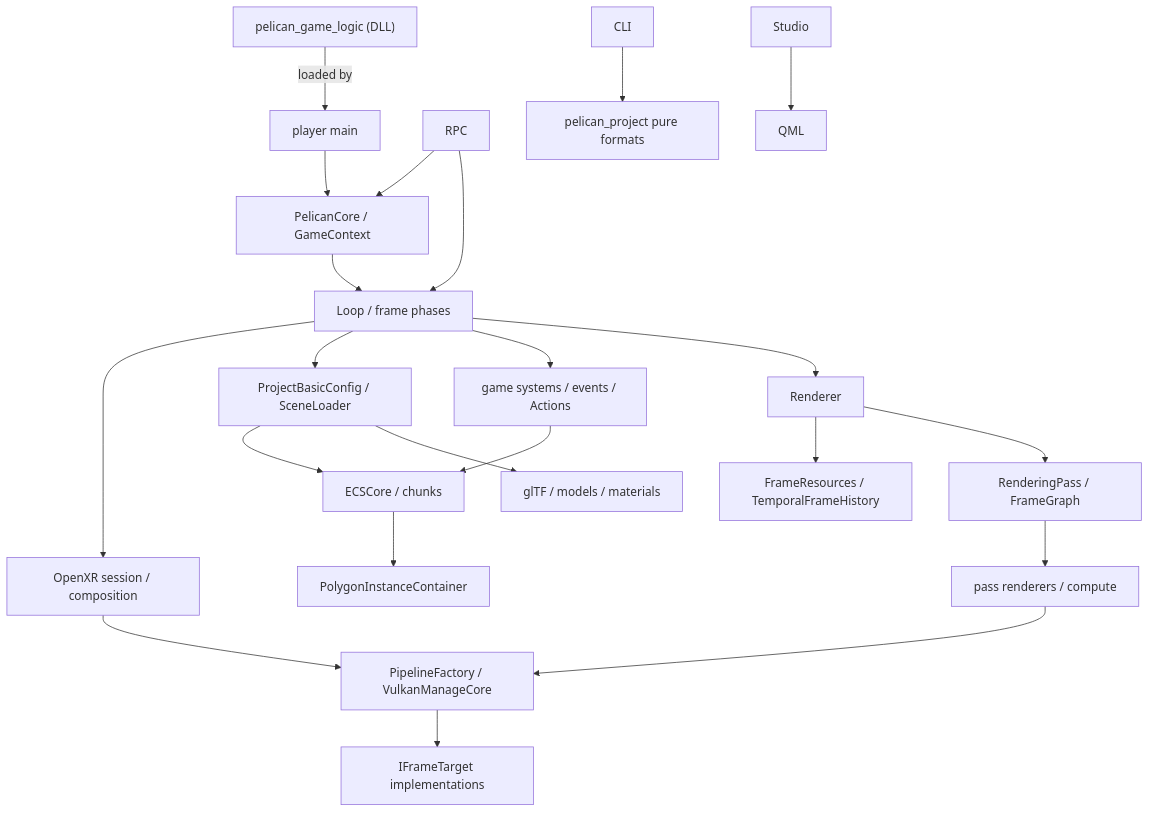
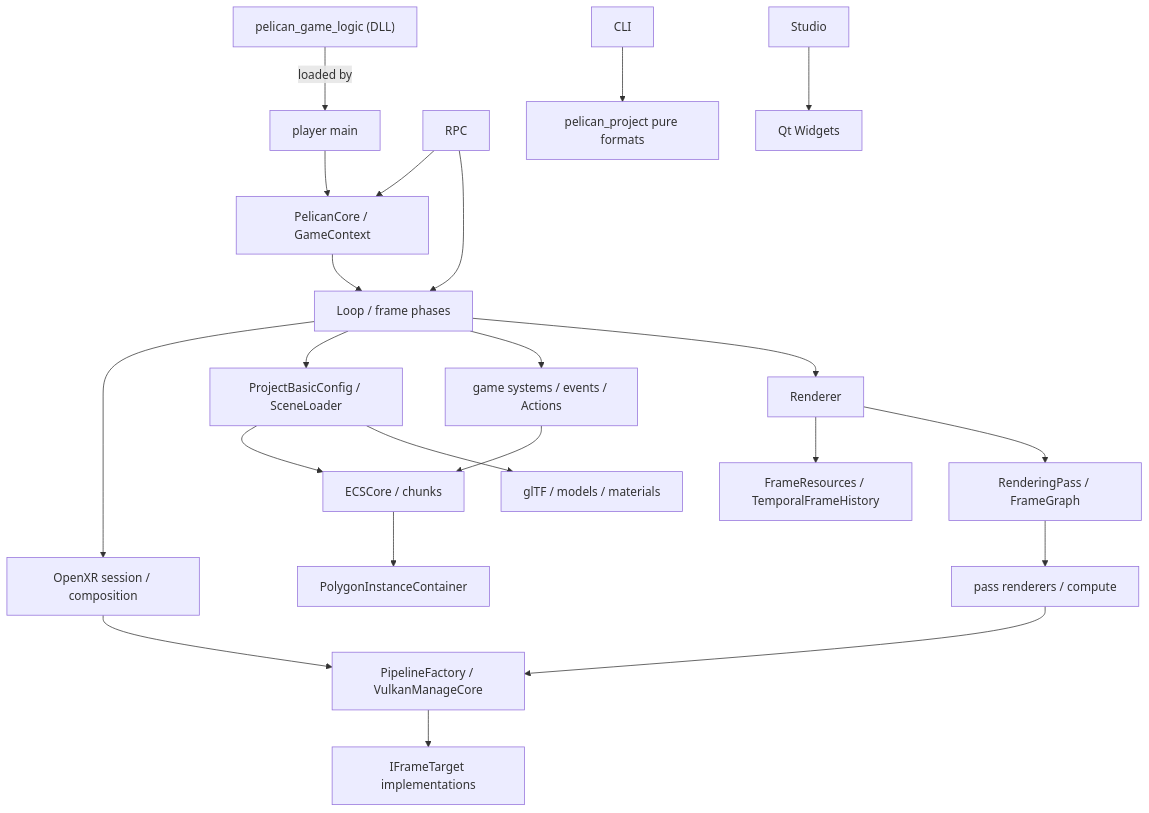
The diagram in docs/source-code-guide/08_class_interface_index.md (pelican-games/peligraph), drawn with Mermaid before and after one commit. The commit also changed 20 other files, not shown here.

First line of the commit message:
docs: DOC-4; one section owns each of the generation and the digest, the words nobody defined are defined, the reading guide's chapters open with their words, and twelve diagrams replace the prose they contradicted

````diff
--- a/docs/source-code-guide/08_class_interface_index.md
+++ b/docs/source-code-guide/08_class_interface_index.md
@@ -464,24 +464,24 @@
 ```mermaid
 flowchart TD
     Player["player main"] --> Public["PelicanCore / GameContext"]
     GameDLL["pelican_game_logic (DLL)"] -->|"loaded by"| Player
     Public --> Flow["Loop / frame phases"]
     Flow --> XR["OpenXR session / composition"]
     XR --> GPU
     Flow --> Scene["ProjectBasicConfig / SceneLoader"]
     Flow --> Game["game systems / events / Actions"]
     Scene --> ECS["ECSCore / chunks"]
     Game --> ECS
     Scene --> Assets["glTF / models / materials"]
     ECS --> Instances["PolygonInstanceContainer"]
     Flow --> Renderer
     Renderer --> Temporal["FrameResources / TemporalFrameHistory"]
     Renderer --> Plan["RenderingPass / FrameGraph"]
     Plan --> Pass["pass renderers / compute"]
     Pass --> GPU["PipelineFactory / VulkanManageCore"]
     GPU --> Target["IFrameTarget implementations"]
     RPC --> Public
     RPC --> Flow
     CLI --> Project["pelican_project pure formats"]
-    Studio --> QML
+    Studio --> QtWidgets["Qt Widgets"]
 ```
````
